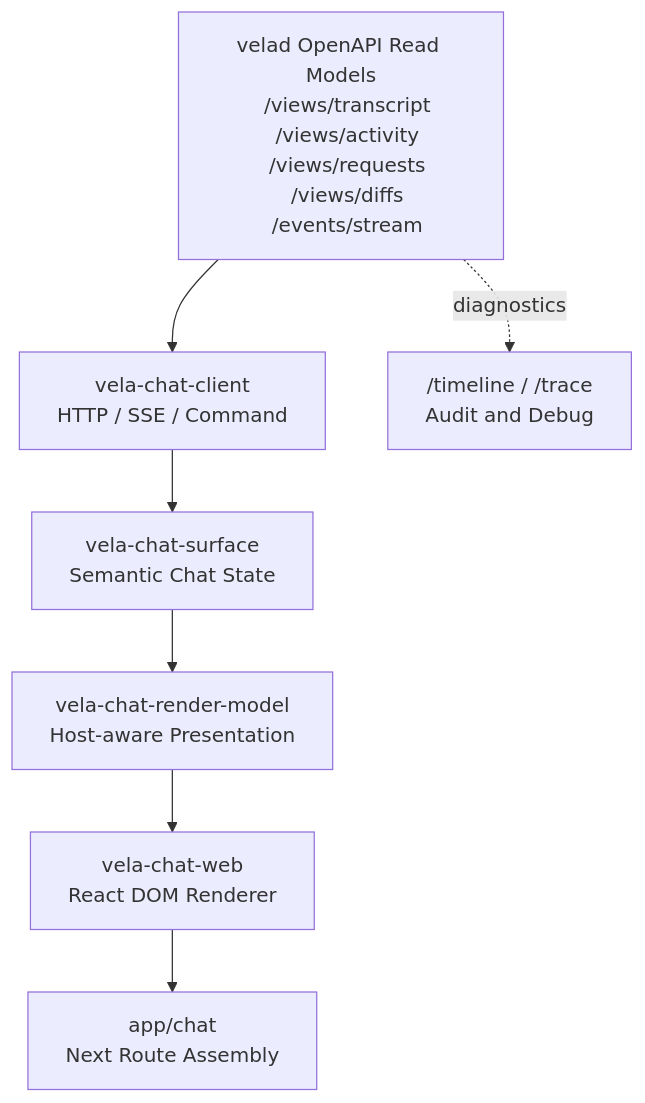
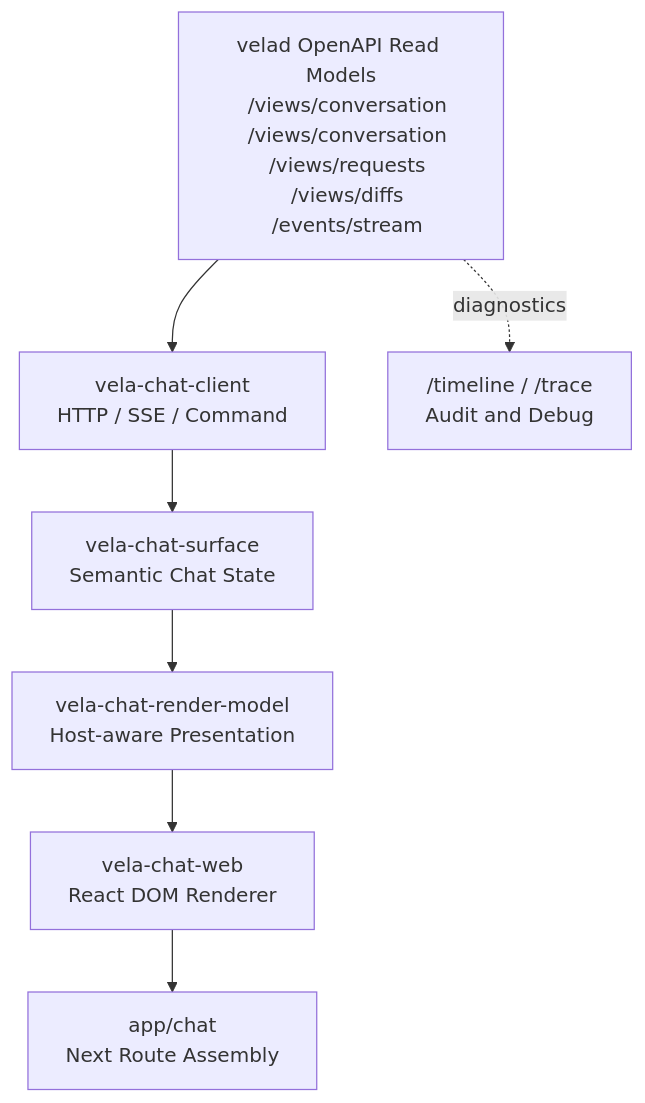
One commit to opencraft-app/opencraft changed the first of 2 diagrams in content/docs/architecture/chat-surface-architecture.mdx. Above: the diagram before and after it, drawn with Mermaid. The commit also changed other lines of this file and 47 other files, not shown here.

````diff
--- a/content/docs/architecture/chat-surface-architecture.mdx
+++ b/content/docs/architecture/chat-surface-architecture.mdx
@@ -12,21 +12,21 @@
 ```mermaid
 flowchart TD
   OpenAPI["velad OpenAPI Read Models
-  /views/transcript
-  /views/activity
+  /views/conversation
+  /views/conversation
   /views/requests
   /views/diffs
   /events/stream"] --> Client["vela-chat-client
   HTTP / SSE / Command"]
   Client --> Surface["vela-chat-surface
   Semantic Chat State"]
   Surface --> RenderModel["vela-chat-render-model
   Host-aware Presentation"]
   RenderModel --> Web["vela-chat-web
   React DOM Renderer"]
   Web --> App["app/chat
   Next Route Assembly"]
 
   OpenAPI -. diagnostics .-> Audit["/timeline / /trace
   Audit and Debug"]
 ```
````
